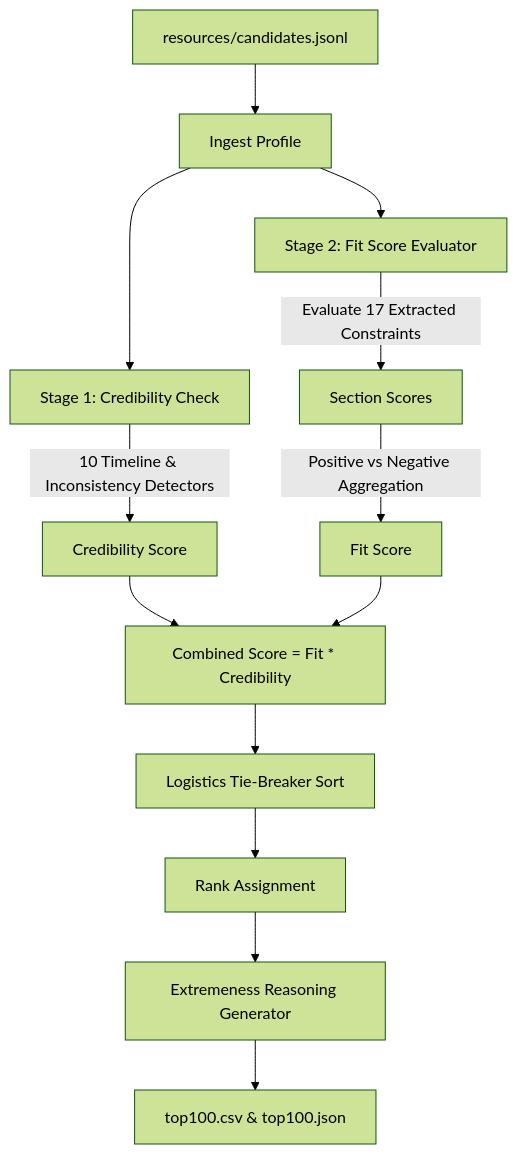
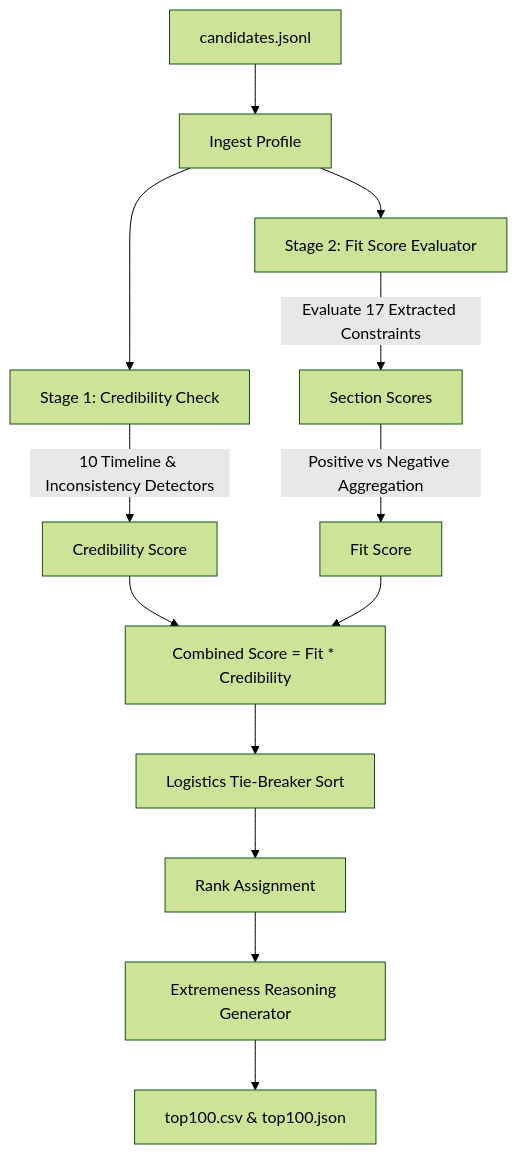
One commit to Ishita-Umredkar/TalentPrism changed the diagram in docs/architecture_blueprint.md. Above: the diagram before and after it, drawn with Mermaid (forest theme). The commit also changed 9 other files, not shown here.

````diff
--- a/docs/architecture_blueprint.md
+++ b/docs/architecture_blueprint.md
@@ -46,14 +46,14 @@
 ```mermaid
 flowchart TD
-    A[resources/candidates.jsonl] --> B[Ingest Profile]
+    A[candidates.jsonl] --> B[Ingest Profile]
     B --> C[Stage 1: Credibility Check]
     C -->|10 Timeline & Inconsistency Detectors| D[Credibility Score]
     B --> E[Stage 2: Fit Score Evaluator]
     E -->|Evaluate 17 Extracted Constraints| F[Section Scores]
     F -->|Positive vs Negative Aggregation| G[Fit Score]
     D & G --> H[Combined Score = Fit * Credibility]
     H --> I[Logistics Tie-Breaker Sort]
     I --> J[Rank Assignment]
     J --> K[Extremeness Reasoning Generator]
     K --> L[top100.csv & top100.json]
 ```
````
